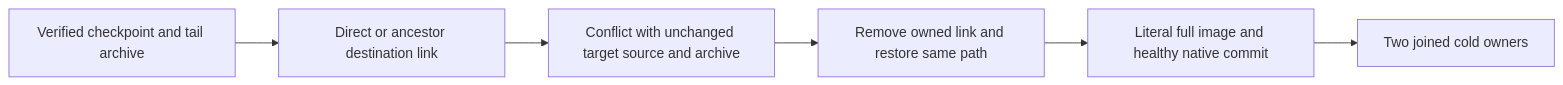
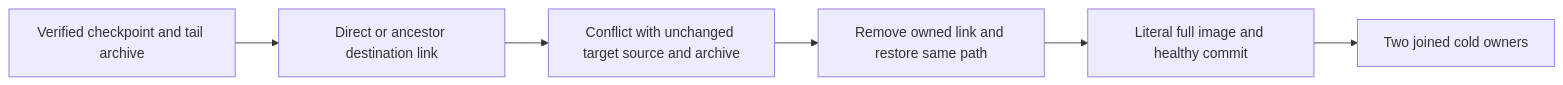
One commit to managedcode/KeyLoad changed the second of 13 diagrams in docs/Features/BackupRestore.md. Above: the diagram before and after it, drawn with Mermaid. The commit also changed other lines of this file and 9016 other files, not shown here.

````diff
--- a/docs/Features/BackupRestore.md
+++ b/docs/Features/BackupRestore.md
@@ -178,8 +178,8 @@
 ```mermaid
 flowchart LR
  A[Verified checkpoint and tail archive] --> B[Direct or ancestor destination link]
  B --> C[Conflict with unchanged target source and archive]
  C --> D[Remove owned link and restore same path]
- D --> E[Literal full image and healthy native commit]
+ D --> E[Literal full image and healthy commit]
  E --> F[Two joined cold owners]
 ```
````
